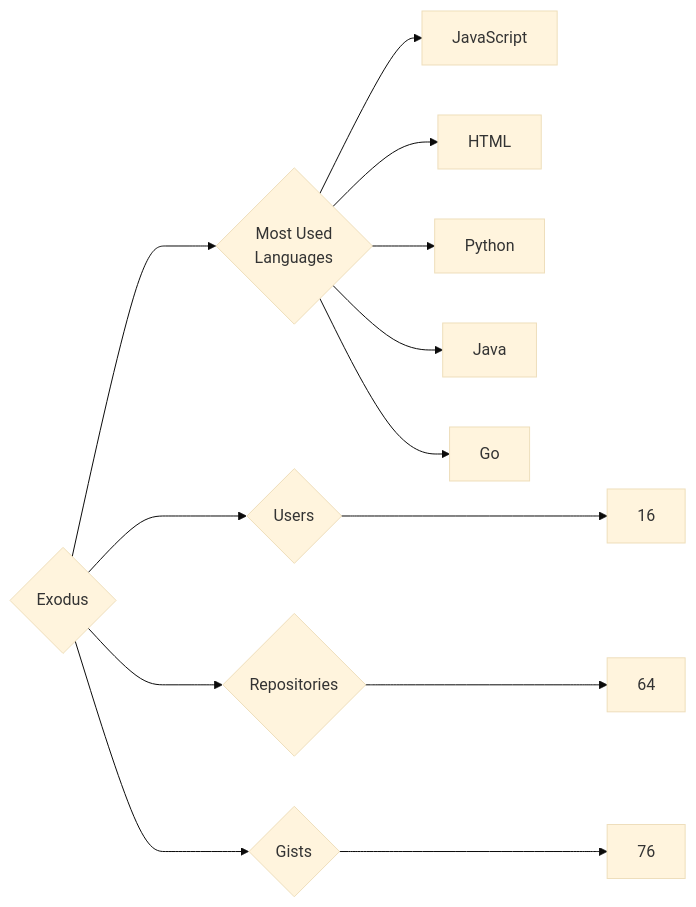
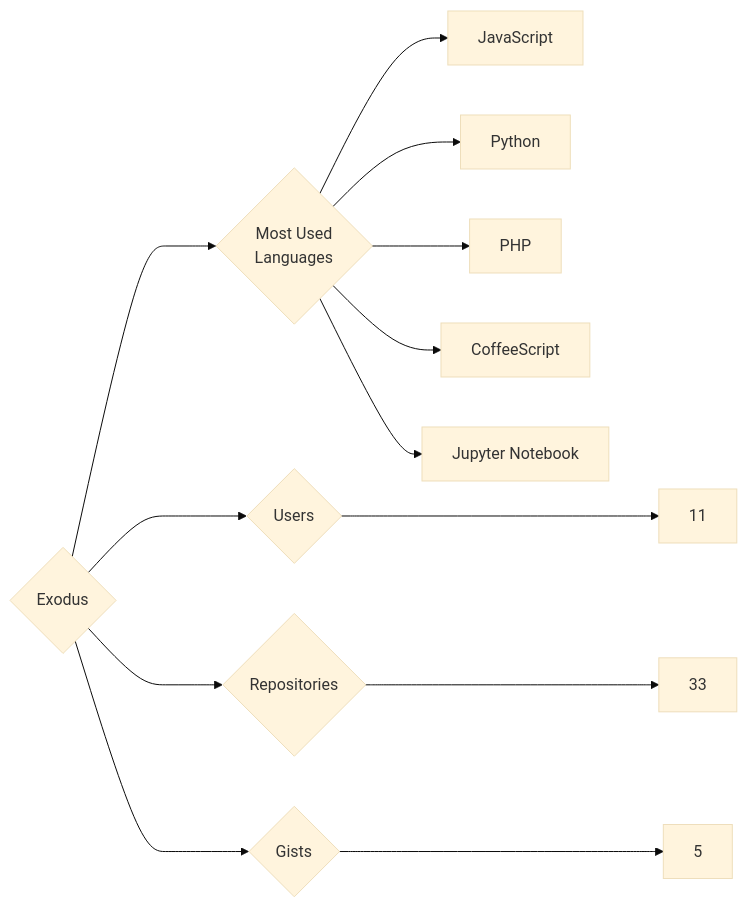
The diagram in targets/Exodus/README.md (trickest/insiders), drawn with Mermaid (base theme) before and after one commit. The commit also changed 861 other files, not shown here.

````diff
--- a/targets/Exodus/README.md
+++ b/targets/Exodus/README.md
@@ -3,13 +3,13 @@
 ```mermaid
 graph LR
 COMPANY_NAME{Exodus}
-COMPANY_NAME ---> U{Users} ---> UN[16]
-COMPANY_NAME ---> R{Repositories} ---> RN[64]
-COMPANY_NAME ---> G{Gists} ---> GN[76]
+COMPANY_NAME ---> U{Users} ---> UN[11]
+COMPANY_NAME ---> R{Repositories} ---> RN[33]
+COMPANY_NAME ---> G{Gists} ---> GN[5]
 COMPANY_NAME ---> ML{Most Used<br>Languages}
 ML --> JavaScript[JavaScript]
-ML --> HTML[HTML]
 ML --> Python[Python]
-ML --> Java[Java]
-ML --> Go[Go]
+ML --> PHP[PHP]
+ML --> CoffeeScript[CoffeeScript]
+ML --> Jupyter_Notebook[Jupyter Notebook]
 ```
````
